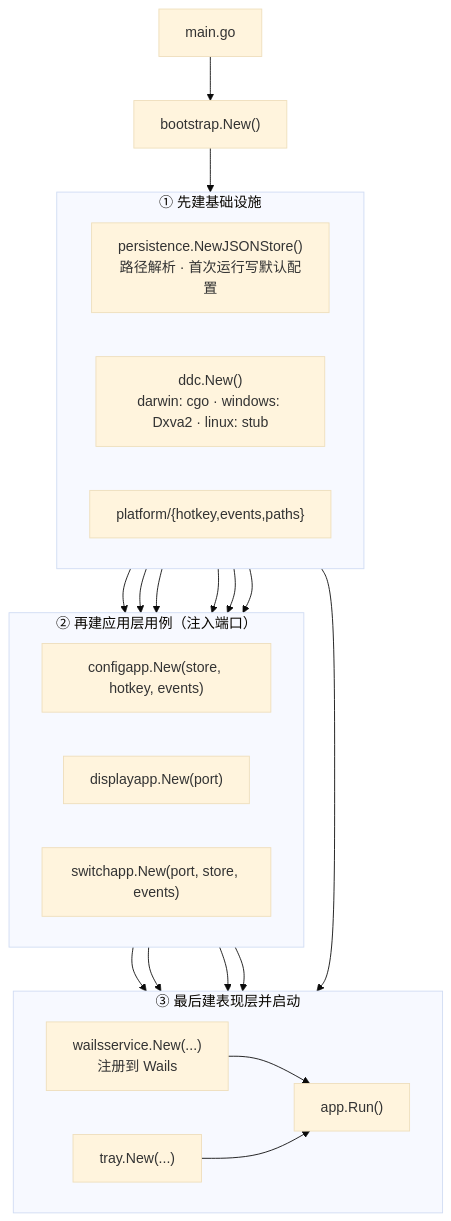
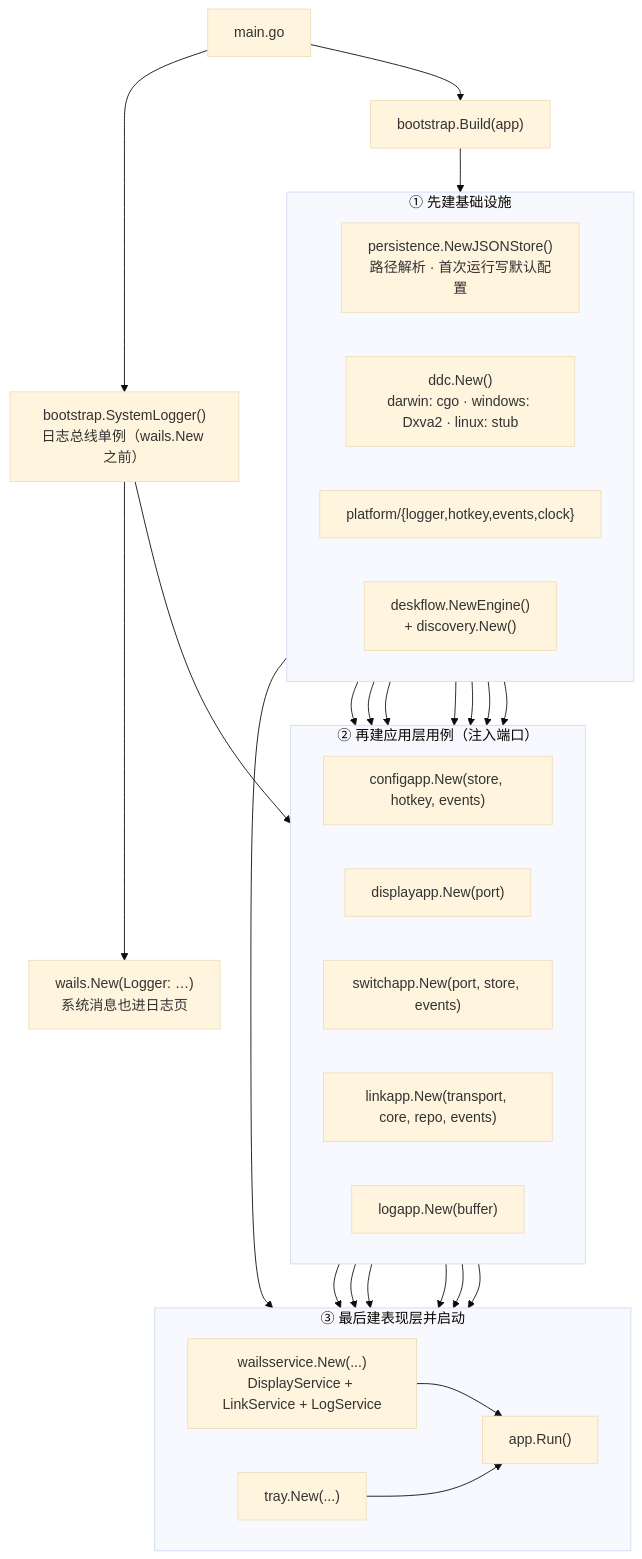
The fifth of 7 diagrams in docs/architecture.md (znahovo/switch_display), drawn with Mermaid (base theme) before and after one commit. The commit also changed other lines of this file and 27 other files, not shown here.

First line of the commit message:
feat(logs): 新增日志页，汇总应用与 deskflow-core 输出

````diff
--- a/docs/architecture.md
+++ b/docs/architecture.md
@@ -591,39 +639,48 @@
 ```mermaid
 flowchart TB
-    M["main.go"] --> B["bootstrap.New()"]
+    M["main.go"] --> LG["bootstrap.SystemLogger()<br/>日志总线单例（wails.New 之前）"]
+    LG --> WN["wails.New(Logger: …)<br/>系统消息也进日志页"]
+    M --> B["bootstrap.Build(app)"]
 
     subgraph L1["① 先建基础设施"]
         direction LR
         S["persistence.NewJSONStore()<br/>路径解析 · 首次运行写默认配置"]
         P["ddc.New()<br/>darwin: cgo · windows: Dxva2 · linux: stub"]
-        X["platform/{hotkey,events,paths}"]
+        X["platform/{logger,hotkey,events,clock}"]
+        DF["deskflow.NewEngine()<br/>+ discovery.New()"]
     end
     B --> L1
 
     subgraph L2["② 再建应用层用例（注入端口）"]
         direction LR
         CA["configapp.New(store, hotkey, events)"]
         DA["displayapp.New(port)"]
         SA["switchapp.New(port, store, events)"]
+        LA["linkapp.New(transport, core, repo, events)"]
+        OA["logapp.New(buffer)"]
     end
     S --> CA
     P --> DA
     P --> SA
     S --> SA
     X --> CA
     X --> SA
+    DF --> LA
+    LG --> OA
 
     subgraph L3["③ 最后建表现层并启动"]
         direction LR
-        W["wailsservice.New(...)<br/>注册到 Wails"]
+        W["wailsservice.New(...)<br/>DisplayService + LinkService + LogService"]
         T["tray.New(...)"]
         R["app.Run()"]
     end
     CA --> W
     DA --> W
     SA --> W
+    LA --> W
+    OA --> W
     P --> T
     SA --> T
     W --> R
     T --> R
 ```
````
